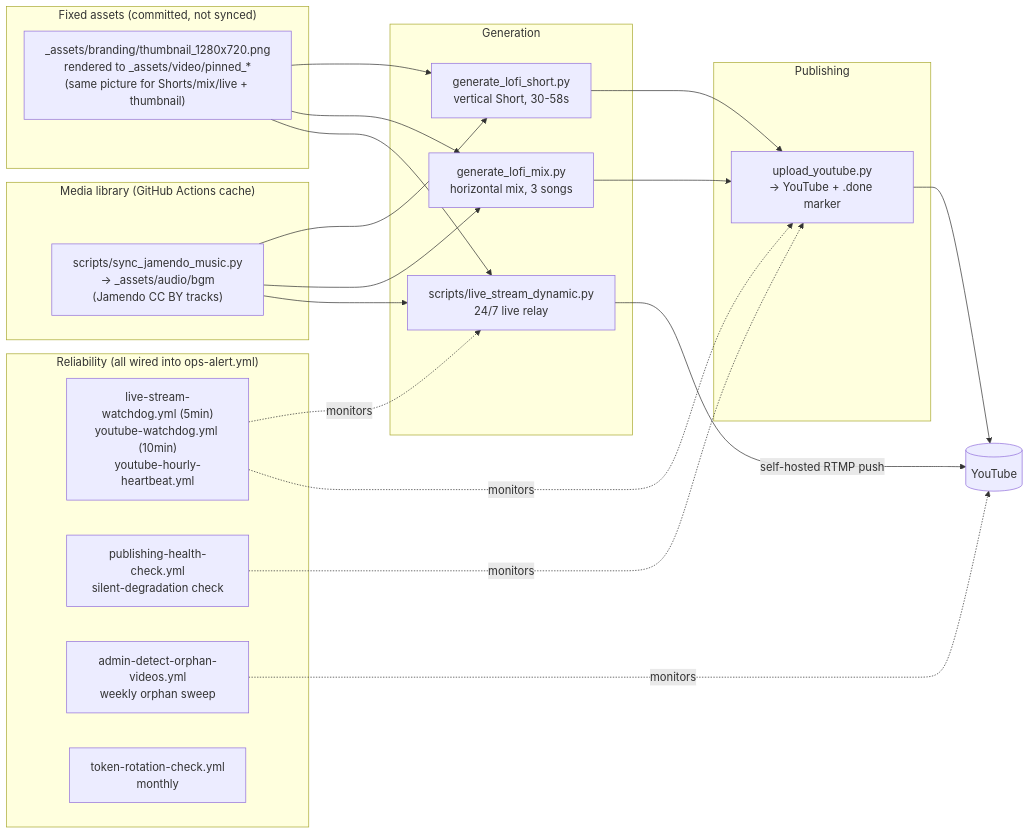
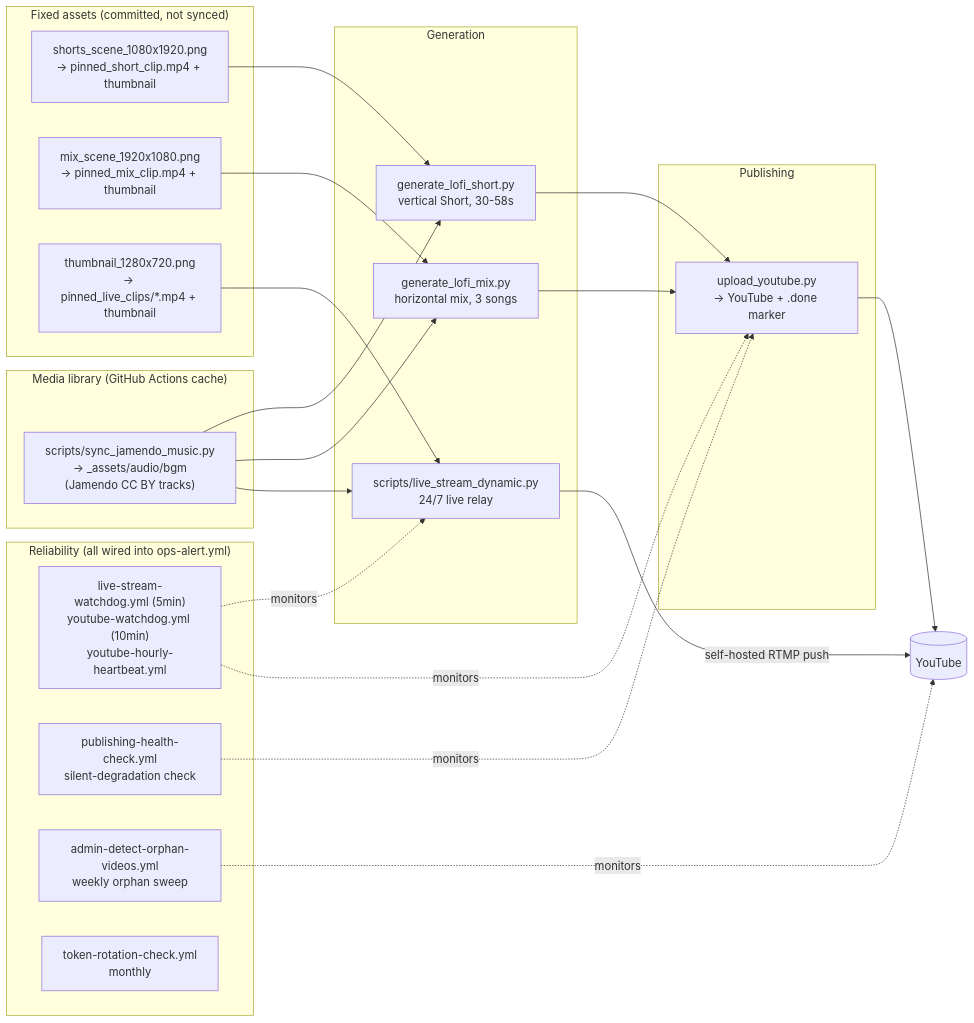
One commit to non-s/non-s.github.io changed the diagram in README.md. Above: the diagram before and after it, drawn with Mermaid. The commit also changed other lines of this file and 10 other files, not shown here.

````diff
--- a/README.md
+++ b/README.md
@@ -49,42 +65,44 @@
 ```mermaid
 flowchart LR
     subgraph Fixed["Fixed assets (committed, not synced)"]
-        brand["_assets/branding/thumbnail_1280x720.png<br/>rendered to _assets/video/pinned_*<br/>(same picture for Shorts/mix/live + thumbnail)"]
+        brandShort["shorts_scene_1080x1920.png<br/>-> pinned_short_clip.mp4 + thumbnail"]
+        brandMix["mix_scene_1920x1080.png<br/>-> pinned_mix_clip.mp4 + thumbnail"]
+        brandLive["thumbnail_1280x720.png<br/>-> pinned_live_clips/*.mp4 + thumbnail"]
     end
 
     subgraph Sync["Media library (GitHub Actions cache)"]
         bgm["scripts/sync_jamendo_music.py<br/>-> _assets/audio/bgm<br/>(Jamendo CC BY tracks)"]
     end
 
     subgraph Generate["Generation"]
         short["generate_lofi_short.py<br/>vertical Short, 30-58s"]
         mix["generate_lofi_mix.py<br/>horizontal mix, 3 songs"]
         live["scripts/live_stream_dynamic.py<br/>24/7 live relay"]
     end
 
     subgraph Publish["Publishing"]
         upload["upload_youtube.py<br/>-> YouTube + .done marker"]
     end
 
     subgraph Reliability["Reliability (all wired into ops-alert.yml)"]
         watchdogs["live-stream-watchdog.yml (5min)<br/>youtube-watchdog.yml (10min)<br/>youtube-hourly-heartbeat.yml"]
         health["publishing-health-check.yml<br/>silent-degradation check"]
         orphans["admin-detect-orphan-videos.yml<br/>weekly orphan sweep"]
         rotation["token-rotation-check.yml<br/>monthly"]
     end
 
-    brand --> short
+    brandShort --> short
     bgm --> short
-    brand --> mix
+    brandMix --> mix
     bgm --> mix
-    brand --> live
+    brandLive --> live
     bgm --> live
     short --> upload
     mix --> upload
     live -->|self-hosted RTMP push| YouTube[(YouTube)]
     upload --> YouTube
     watchdogs -.monitors.-> live
     watchdogs -.monitors.-> upload
     health -.monitors.-> upload
     orphans -.monitors.-> YouTube
 ```
````
